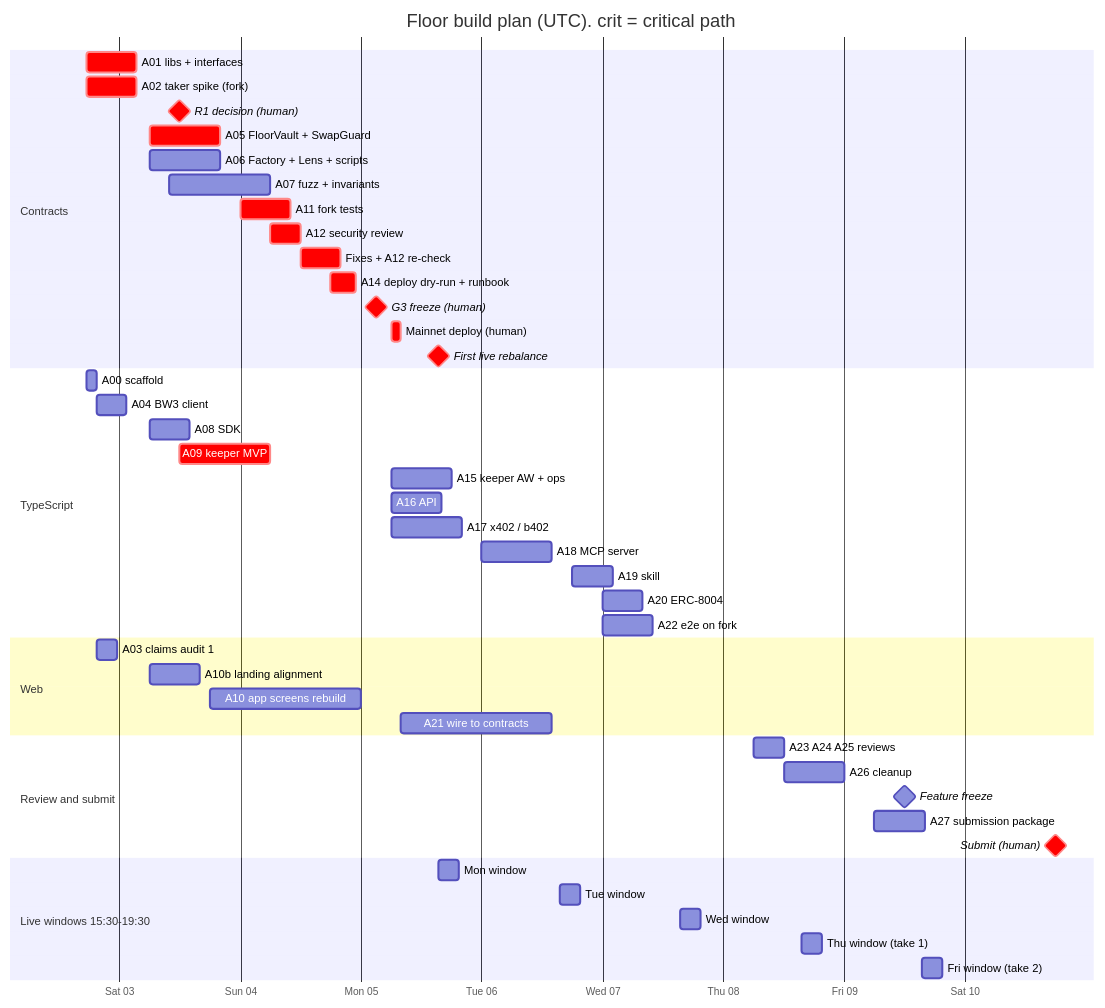
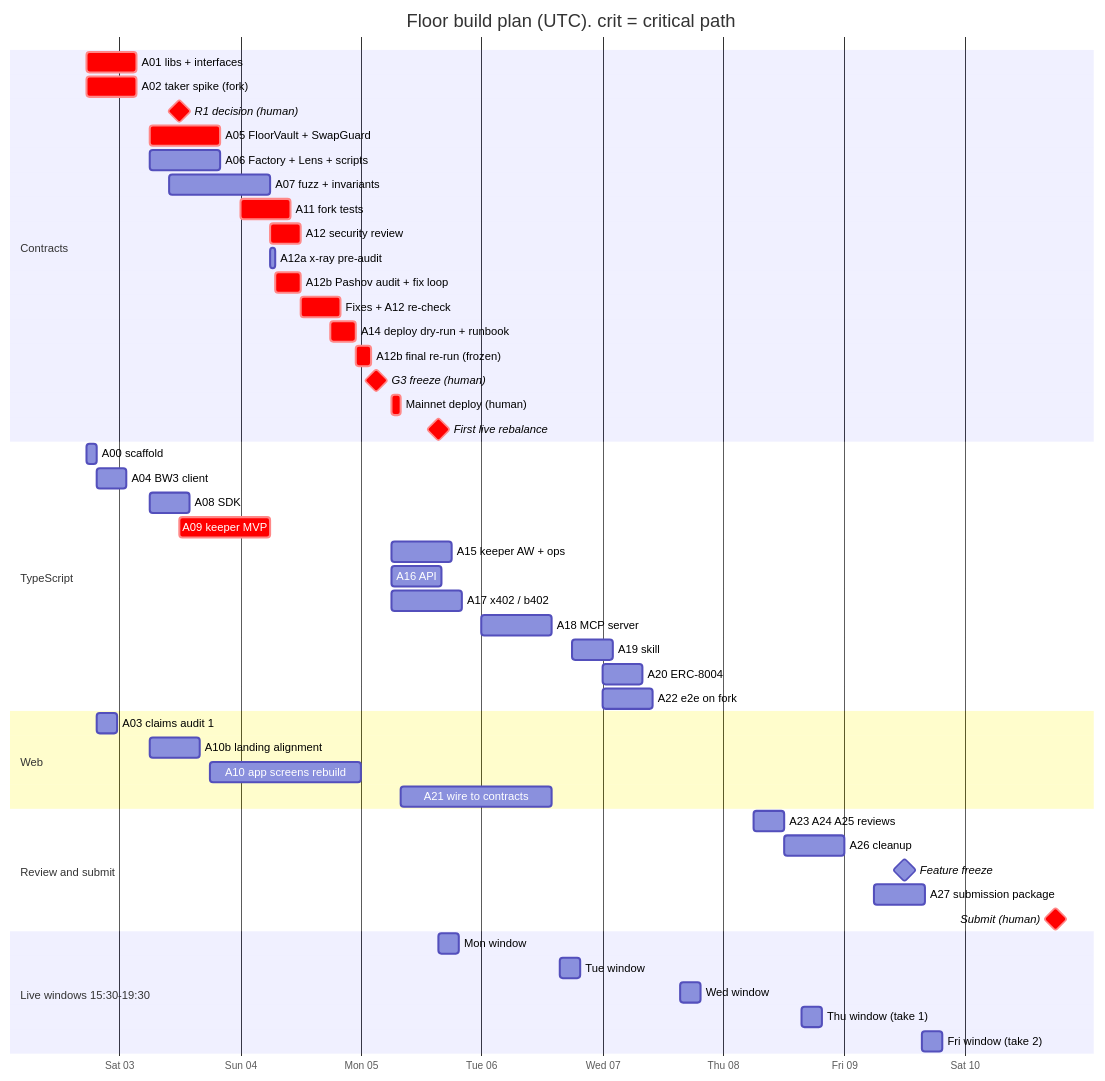
One commit to ayush18pop/floorbnb changed the first of 2 diagrams in docs/EXECUTION_PLAN.md. Above: the diagram before and after it, drawn with Mermaid. The commit also changed other lines of this file and 34 other files, not shown here.

Commit message:
Add Pashov audit skills and make the audit a mainnet blocker

````diff
--- a/docs/EXECUTION_PLAN.md
+++ b/docs/EXECUTION_PLAN.md
@@ -85,49 +85,52 @@
 ```mermaid
 gantt
   title Floor build plan (UTC). crit = critical path
   dateFormat YYYY-MM-DD HH:mm
   axisFormat %a %d
   section Contracts
   A01 libs + interfaces          :crit, a01, 2026-10-02 17:30, 10h
   A02 taker spike (fork)         :crit, a02, 2026-10-02 17:30, 10h
   R1 decision (human)            :milestone, crit, r1, 2026-10-03 12:00, 0h
   A05 FloorVault + SwapGuard     :crit, a05, 2026-10-03 06:00, 14h
   A06 Factory + Lens + scripts   :a06, 2026-10-03 06:00, 14h
   A07 fuzz + invariants          :a07, 2026-10-03 10:00, 20h
   A11 fork tests                 :crit, a11, 2026-10-04 00:00, 10h
   A12 security review            :crit, a12, 2026-10-04 06:00, 6h
+  A12a x-ray pre-audit           :a12a, 2026-10-04 06:00, 1h
+  A12b Pashov audit + fix loop   :crit, a12b, 2026-10-04 07:00, 5h
   Fixes + A12 re-check           :crit, fix, 2026-10-04 12:00, 8h
   A14 deploy dry-run + runbook   :crit, a14, 2026-10-04 18:00, 5h
+  A12b final re-run (frozen)     :crit, a12c, 2026-10-04 23:00, 3h
   G3 freeze (human)              :milestone, crit, g3, 2026-10-05 03:00, 0h
   Mainnet deploy (human)         :crit, dep, 2026-10-05 06:00, 2h
   First live rebalance           :milestone, crit, lr, 2026-10-05 15:30, 0h
   section TypeScript
   A00 scaffold                   :a00, 2026-10-02 17:30, 2h
   A04 BW3 client                 :a04, 2026-10-02 19:30, 6h
   A08 SDK                        :a08, 2026-10-03 06:00, 8h
   A09 keeper MVP                 :crit, a09, 2026-10-03 12:00, 18h
   A15 keeper AW + ops            :a15, 2026-10-05 06:00, 12h
   A16 API                        :a16, 2026-10-05 06:00, 10h
   A17 x402 / b402                :a17, 2026-10-05 06:00, 14h
   A18 MCP server                 :a18, 2026-10-06 00:00, 14h
   A19 skill                      :a19, 2026-10-06 18:00, 8h
   A20 ERC-8004                   :a20, 2026-10-07 00:00, 8h
   A22 e2e on fork                :a22, 2026-10-07 00:00, 10h
   section Web
   A03 claims audit 1             :a03, 2026-10-02 19:30, 4h
   A10b landing alignment         :a10b, 2026-10-03 06:00, 10h
   A10 app screens rebuild        :a10, 2026-10-03 18:00, 30h
   A21 wire to contracts          :a21, 2026-10-05 08:00, 30h
   section Review and submit
   A23 A24 A25 reviews            :rev, 2026-10-08 06:00, 6h
   A26 cleanup                    :a26, 2026-10-08 12:00, 12h
   Feature freeze                 :milestone, ff, 2026-10-09 12:00, 0h
   A27 submission package         :a27, 2026-10-09 06:00, 10h
   Submit (human)                 :milestone, crit, sub, 2026-10-10 18:00, 0h
   section Live windows 15:30-19:30
   Mon window                     :w1, 2026-10-05 15:30, 4h
   Tue window                     :w2, 2026-10-06 15:30, 4h
   Wed window                     :w3, 2026-10-07 15:30, 4h
   Thu window (take 1)            :w4, 2026-10-08 15:30, 4h
   Fri window (take 2)            :w5, 2026-10-09 15:30, 4h
 ```
````
